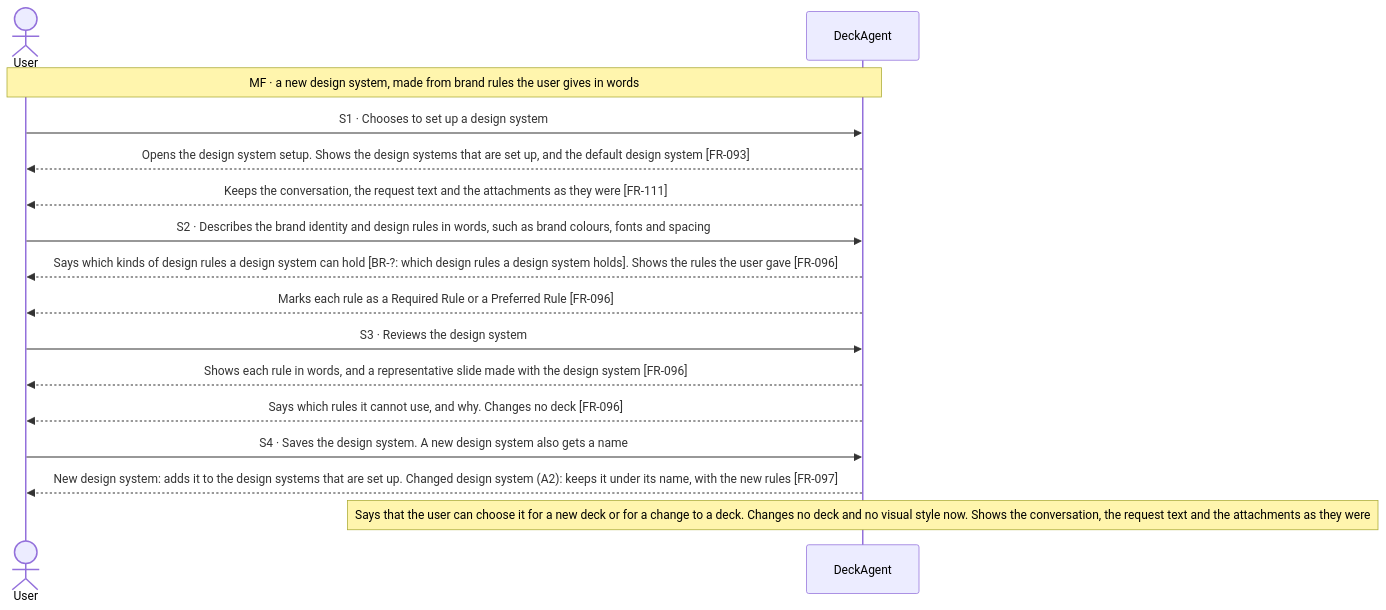
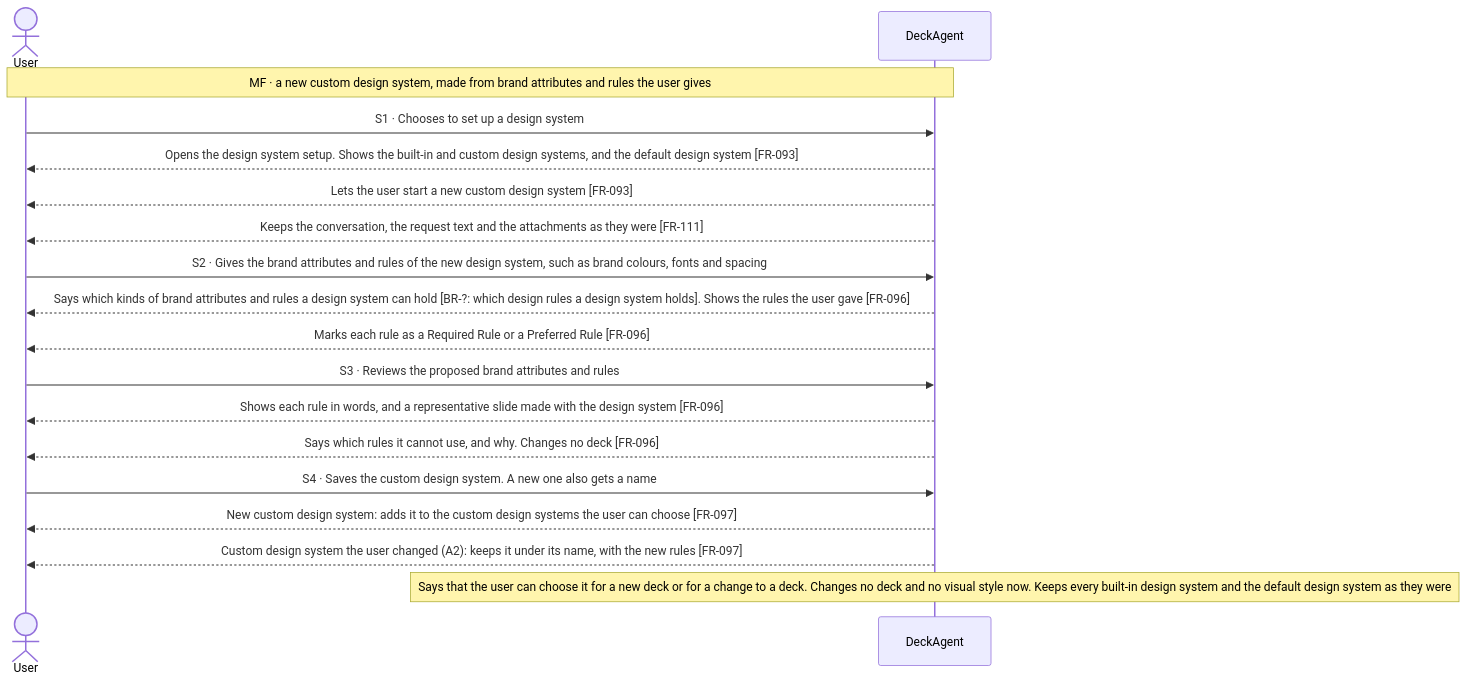
The first of 9 diagrams in docs/spec/03-use-cases/UC-010.md (Luke23127006/DeckAgent), drawn with Mermaid before and after one commit. The commit also changed other lines of this file and 7 other files, not shown here.

Commit message:
docs(spec): add built-in design system behavior

````diff
--- a/docs/spec/03-use-cases/UC-010.md
+++ b/docs/spec/03-use-cases/UC-010.md
@@ -41,18 +43,20 @@
 ```mermaid
 sequenceDiagram
     actor User
     participant DeckAgent
-    Note over User,DeckAgent: MF · a new design system, made from brand rules the user gives in words
+    Note over User,DeckAgent: MF · a new custom design system, made from brand attributes and rules the user gives
     User->>DeckAgent: S1 · Chooses to set up a design system
-    DeckAgent-->>User: Opens the design system setup. Shows the design systems that are set up, and the default design system [FR-093]
+    DeckAgent-->>User: Opens the design system setup. Shows the built-in and custom design systems, and the default design system [FR-093]
+    DeckAgent-->>User: Lets the user start a new custom design system [FR-093]
     DeckAgent-->>User: Keeps the conversation, the request text and the attachments as they were [FR-111]
-    User->>DeckAgent: S2 · Describes the brand identity and design rules in words, such as brand colours, fonts and spacing
-    DeckAgent-->>User: Says which kinds of design rules a design system can hold [BR-?: which design rules a design system holds]. Shows the rules the user gave [FR-096]
+    User->>DeckAgent: S2 · Gives the brand attributes and rules of the new design system, such as brand colours, fonts and spacing
+    DeckAgent-->>User: Says which kinds of brand attributes and rules a design system can hold [BR-?: which design rules a design system holds]. Shows the rules the user gave [FR-096]
     DeckAgent-->>User: Marks each rule as a Required Rule or a Preferred Rule [FR-096]
-    User->>DeckAgent: S3 · Reviews the design system
+    User->>DeckAgent: S3 · Reviews the proposed brand attributes and rules
     DeckAgent-->>User: Shows each rule in words, and a representative slide made with the design system [FR-096]
     DeckAgent-->>User: Says which rules it cannot use, and why. Changes no deck [FR-096]
-    User->>DeckAgent: S4 · Saves the design system. A new design system also gets a name
-    DeckAgent-->>User: New design system: adds it to the design systems that are set up. Changed design system (A2): keeps it under its name, with the new rules [FR-097]
-    note over DeckAgent: Says that the user can choose it for a new deck or for a change to a deck. Changes no deck and no visual style now. Shows the conversation, the request text and the attachments as they were
+    User->>DeckAgent: S4 · Saves the custom design system. A new one also gets a name
+    DeckAgent-->>User: New custom design system: adds it to the custom design systems the user can choose [FR-097]
+    DeckAgent-->>User: Custom design system the user changed (A2): keeps it under its name, with the new rules [FR-097]
+    note over DeckAgent: Says that the user can choose it for a new deck or for a change to a deck. Changes no deck and no visual style now. Keeps every built-in design system and the default design system as they were
 ```
````
